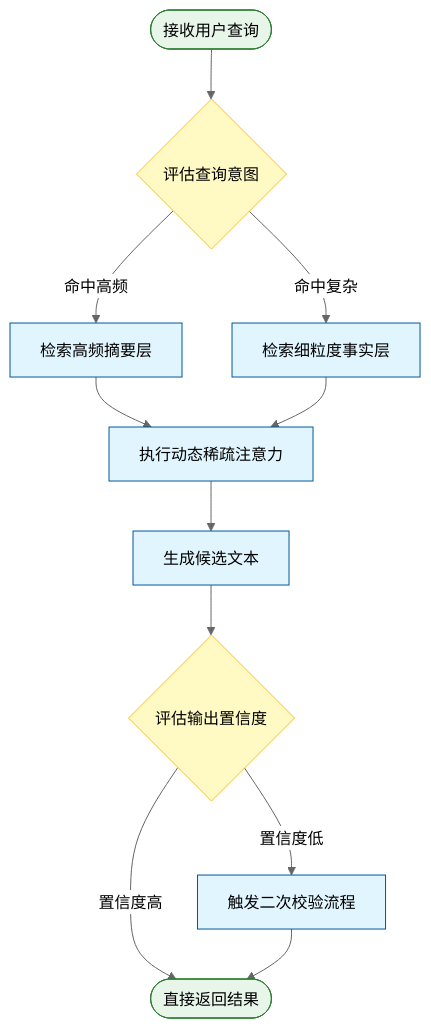
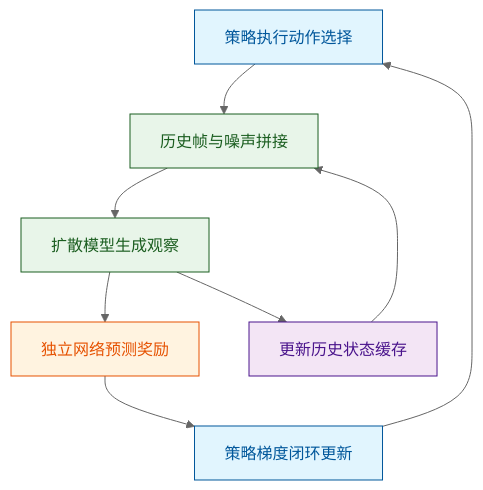
One commit to ShinewineW/paper-rolling changed the second of 10 diagrams in person_vault/2026-06-12_DiffusionForWorldModelingVisualDetailsMa_2405.12399/report.md. Above: the diagram before and after it, drawn with Mermaid (neutral theme). The commit also changed other lines of this file and 51 other files, not shown here.

````diff
--- a/person_vault/2026-06-12_DiffusionForWorldModelingVisualDetailsMa_2405.12399/report.md
+++ b/person_vault/2026-06-12_DiffusionForWorldModelingVisualDetailsMa_2405.12399/report.md
@@ -99,19 +130,22 @@
 ```mermaid
-flowchart TD
-    start_node(["接收用户查询"]) --> route_decision{评估查询意图}
-    route_decision -->|命中高频| fetch_summary["检索高频摘要层"]
-    route_decision -->|命中复杂| fetch_detail["检索细粒度事实层"]
-    fetch_summary --> compute_attention["执行动态稀疏注意力"]
-    fetch_detail --> compute_attention
-    compute_attention --> generate_candidate["生成候选文本"]
-    generate_candidate --> gate_decision{评估输出置信度}
-    gate_decision -->|置信度高| end_node(["直接返回结果"])
-    gate_decision -->|置信度低| trigger_verify["触发二次校验流程"]
-    trigger_verify --> end_node
-    classDef process fill:#e1f5fe,stroke:#01579b,color:#000;
-    classDef decision fill:#fff9c4,stroke:#fbc02d,color:#000;
-    classDef start_end fill:#e8f5e9,stroke:#2e7d32,color:#000;
-    class route_decision,gate_decision decision;
-    class fetch_summary,fetch_detail,compute_attention,generate_candidate,trigger_verify process;
-    class start_node,end_node start_end;
+flowchart TB
+  classDef policy fill:#e1f5fe,color:#01579b,stroke:#01579b
+  classDef world fill:#e8f5e9,color:#1b5e20,stroke:#1b5e20
+  classDef reward fill:#fff3e0,color:#e65100,stroke:#e65100
+  classDef loop fill:#f3e5f5,color:#4a148c,stroke:#4a148c
+
+  policy_select_action["策略执行动作选择"]:::policy
+  frame_stack_condition["历史帧与噪声拼接"]:::world
+  diffusion_generate_obs["扩散模型生成观察"]:::world
+  reward_term_predict["独立网络预测奖励"]:::reward
+  update_history["更新历史状态缓存"]:::loop
+  actor_critic_train["策略梯度闭环更新"]:::policy
+
+  policy_select_action --> frame_stack_condition
+  frame_stack_condition --> diffusion_generate_obs
+  diffusion_generate_obs --> reward_term_predict
+  reward_term_predict --> actor_critic_train
+  actor_critic_train --> policy_select_action
+  diffusion_generate_obs --> update_history
+  update_history --> frame_stack_condition
 ```
````
